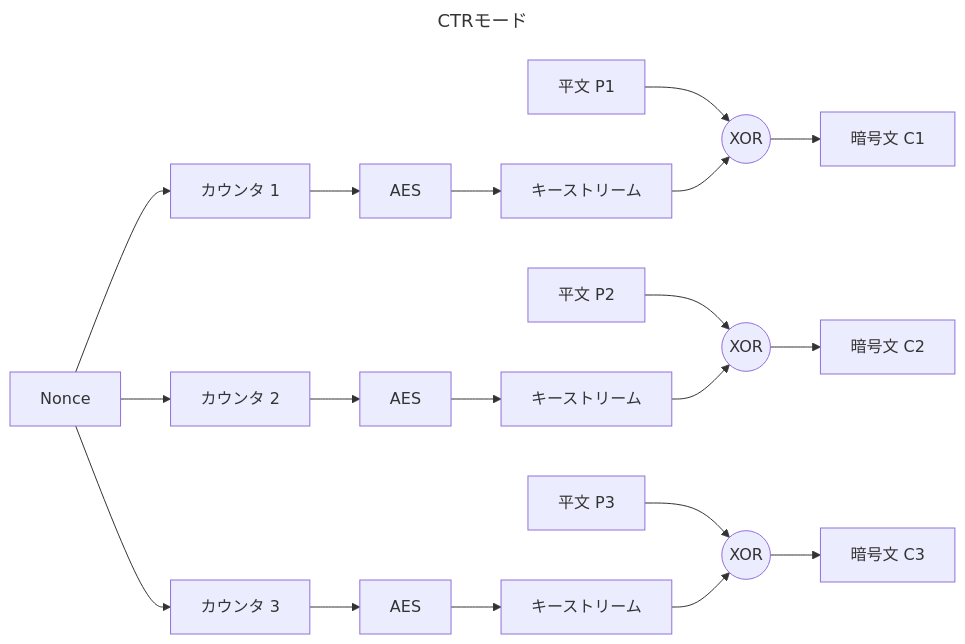
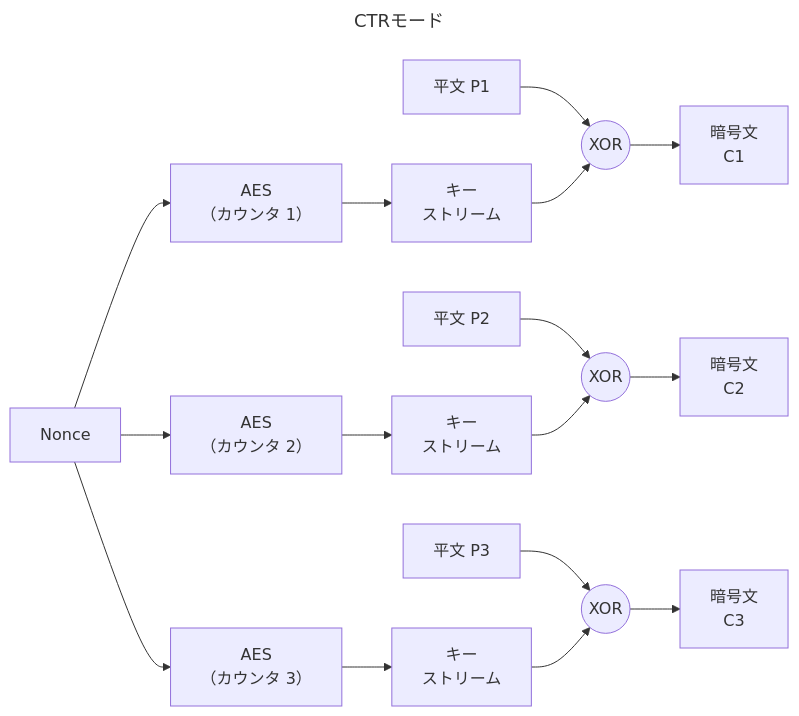
The first of 4 diagrams in セキュリティ/情報処理安全確保支援士/過去問道場.md (self-study-engineer/study-technology), drawn with Mermaid before and after one commit. The commit also changed other lines of this file and 8 other files, not shown here.

````diff
--- a/セキュリティ/情報処理安全確保支援士/過去問道場.md
+++ b/セキュリティ/情報処理安全確保支援士/過去問道場.md
@@ -86,18 +135,18 @@
 ```mermaid
 ---
 title: CTRモード
 ---
 
 flowchart LR
-  N[Nonce] --> A1[カウンタ 1] --> E1[AES] --> S1[キーストリーム]
+  N[Nonce] --> A1[AES<br>（カウンタ 1）] --> S1[キー<br>ストリーム]
   P1[平文 P1] --> X1((XOR))
-  S1 --> X1 --> C1[暗号文 C1]
+  S1 --> X1 --> C1[暗号文<br>C1]
 
-  N --> A2[カウンタ 2] --> E2[AES] --> S2[キーストリーム]
+  N --> A2[AES<br>（カウンタ 2）] --> S2[キー<br>ストリーム]
   P2[平文 P2] --> X2((XOR))
-  S2 --> X2 --> C2[暗号文 C2]
+  S2 --> X2 --> C2[暗号文<br>C2]
 
-  N --> A3[カウンタ 3] --> E3[AES] --> S3[キーストリーム]
+  N --> A3[AES<br>（カウンタ 3）] --> S3[キー<br>ストリーム]
   P3[平文 P3] --> X3((XOR))
-  S3 --> X3 --> C3[暗号文 C3]
+  S3 --> X3 --> C3[暗号文<br>C3]
 ```
````
